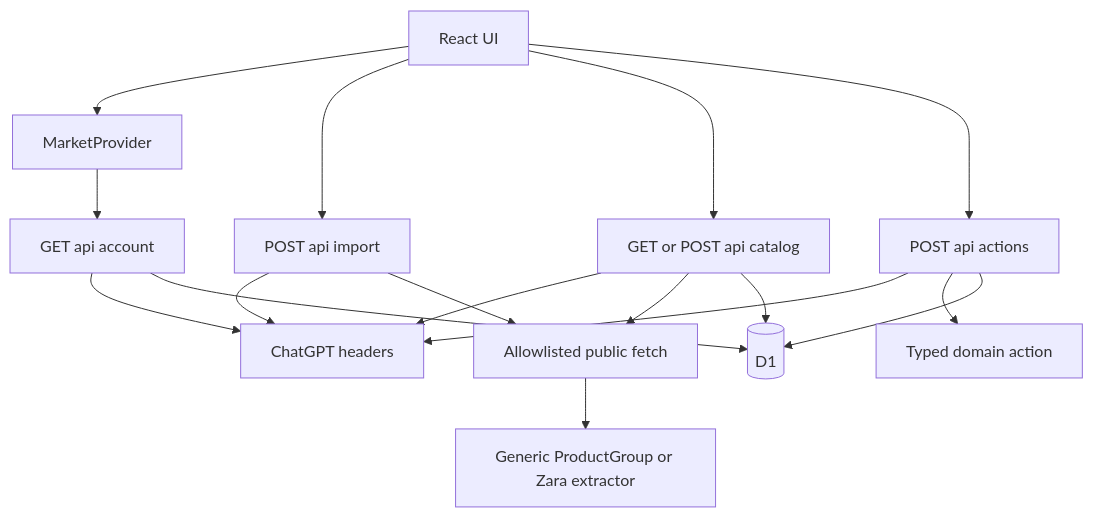
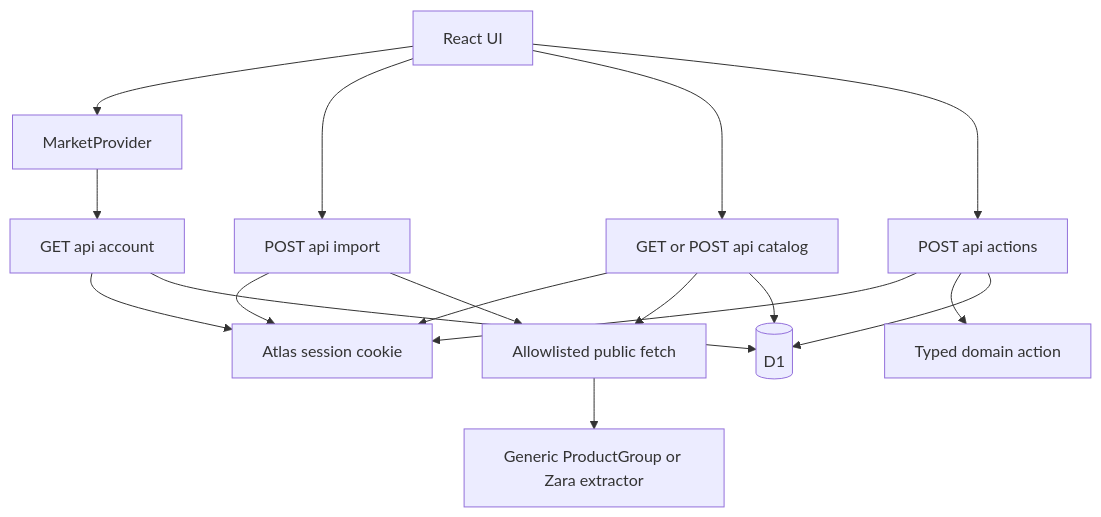
The diagram in ARCHITECTURE.md (iskhakovzak/atlas), drawn with Mermaid before and after one commit. The commit also changed other lines of this file and 39 other files, not shown here.

First line of the commit message:
feat: replace ChatGPT sign-in with Atlas-owned login

```diff
--- a/ARCHITECTURE.md
+++ b/ARCHITECTURE.md
@@ -99,19 +99,19 @@
 ~~~mermaid
 flowchart TD
   UI[React UI] --> Provider[MarketProvider]
   Provider --> Account[GET api account]
   UI --> Import[POST api import]
   UI --> Catalog[GET or POST api catalog]
   UI --> Actions[POST api actions]
-  Account --> Auth[ChatGPT headers]
+  Account --> Auth[Atlas session cookie]
   Import --> Auth
   Catalog --> Auth
   Actions --> Auth
   Import --> Fetch[Allowlisted public fetch]
   Catalog --> Fetch
   Fetch --> Parse[Generic ProductGroup or Zara extractor]
   Actions --> Domain[Typed domain action]
   Account --> D1[(D1)]
   Actions --> D1
   Catalog --> D1
 ~~~
```
